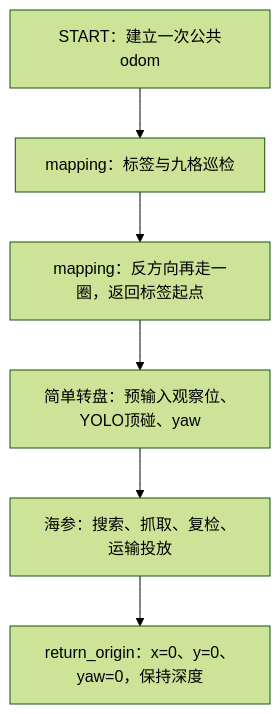
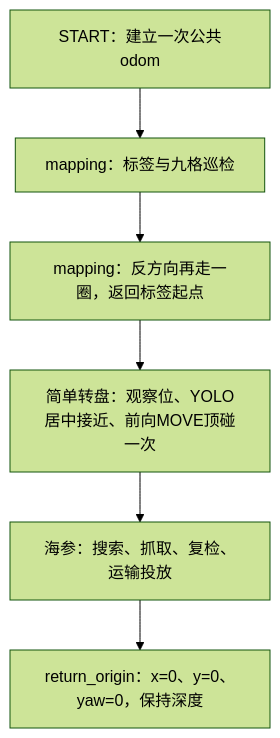
The diagram in workspace_auv/docs/full_flow_debug.md (EV-control-department/YouLong_AUV_Control_System), drawn with Mermaid (forest theme) before and after one commit. The commit also changed other lines of this file and 15 other files, not shown here.

````diff
--- a/workspace_auv/docs/full_flow_debug.md
+++ b/workspace_auv/docs/full_flow_debug.md
@@ -5,8 +5,8 @@
 ```mermaid
 flowchart TD
     A[START：建立一次公共odom] --> B[mapping：标签与九格巡检]
     B --> C[mapping：反方向再走一圈，返回标签起点]
-    C --> D[简单转盘：预输入观察位、YOLO顶碰、yaw]
+    C --> D[简单转盘：观察位、YOLO居中接近、前向MOVE顶碰一次]
     D --> E[海参：搜索、抓取、复检、运输投放]
     E --> F[return_origin：x=0、y=0、yaw=0，保持深度]
 ```
````
